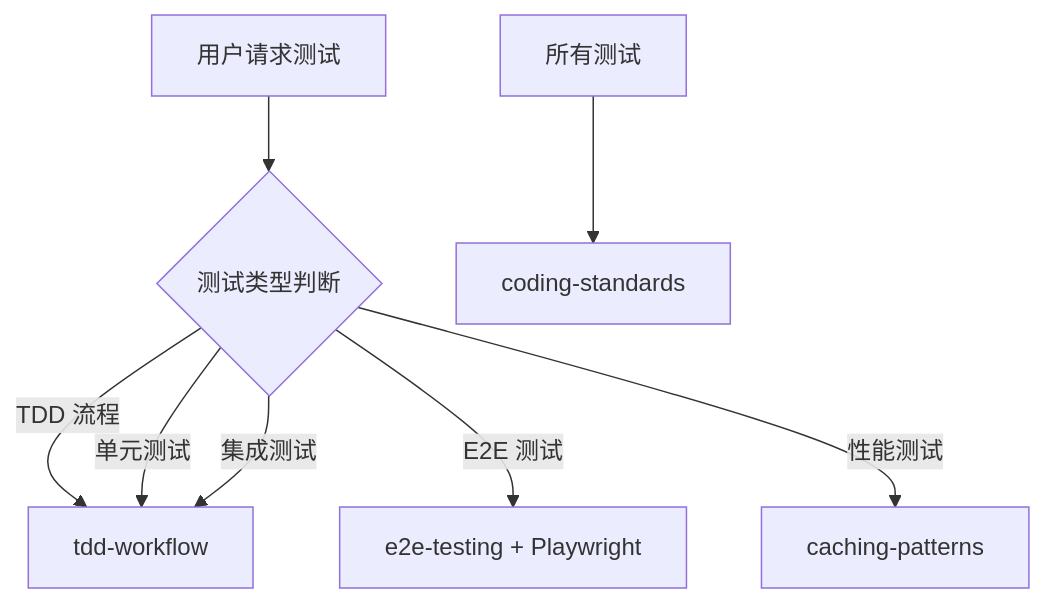
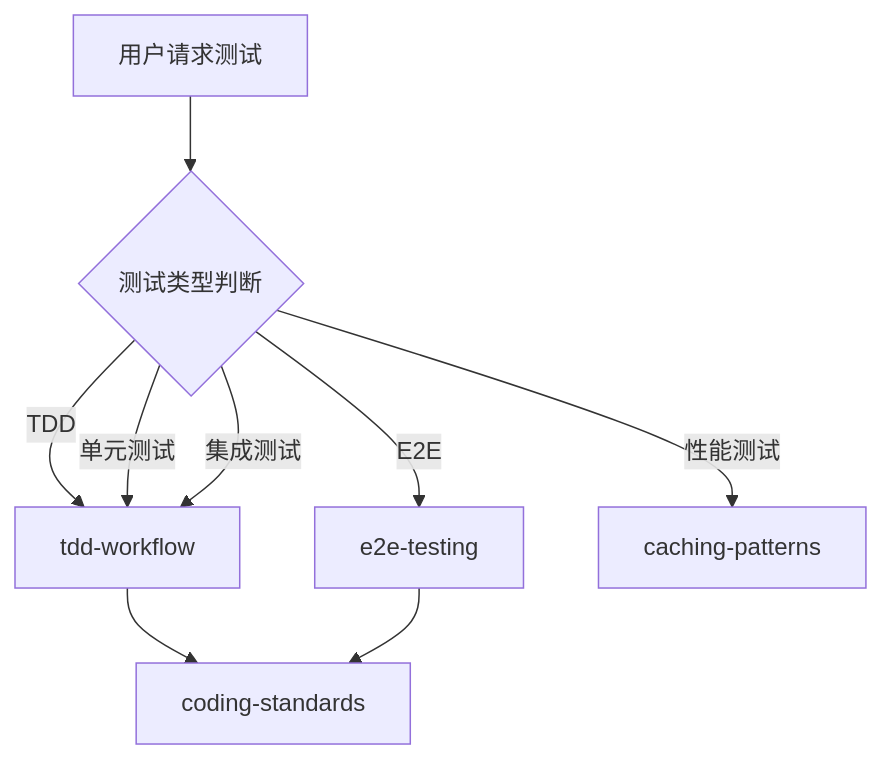
One commit to Tooooommy/Trae-Workflow changed the diagram in agents/testing-team.md. Above: the diagram before and after it, drawn with Mermaid. The commit also changed other lines of this file, not shown here.

Commit message:
refactor(testing-team): 优化测试团队配置，增加工作要求和技能协同

````diff
--- a/agents/testing-team.md
+++ b/agents/testing-team.md
@@ -28,11 +28,11 @@
 ```mermaid
 flowchart TD
     A[用户请求测试] --> B{测试类型判断}
-    B -->|TDD 流程| C[tdd-workflow]
+    B -->|TDD| C[tdd-workflow]
     B -->|单元测试| C
     B -->|集成测试| C
-    B -->|E2E 测试| D[e2e-testing + Playwright]
+    B -->|E2E| D[e2e-testing]
     B -->|性能测试| E[caching-patterns]
-
-    所有测试 --> F[coding-standards]
+    C --> F[coding-standards]
+    D --> F
 ```
````
